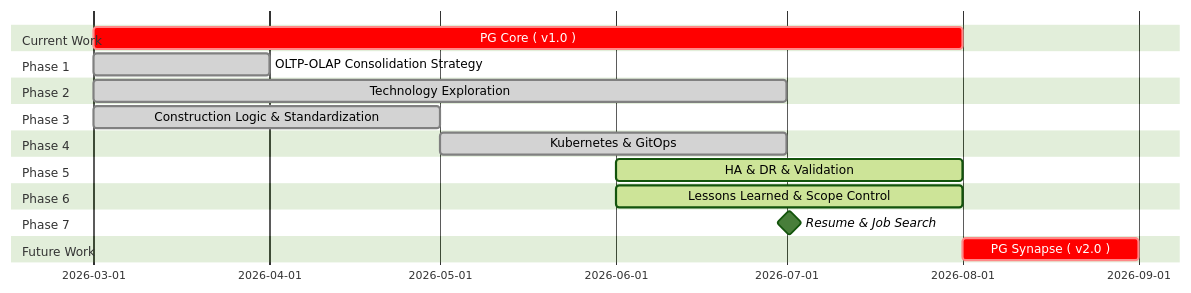
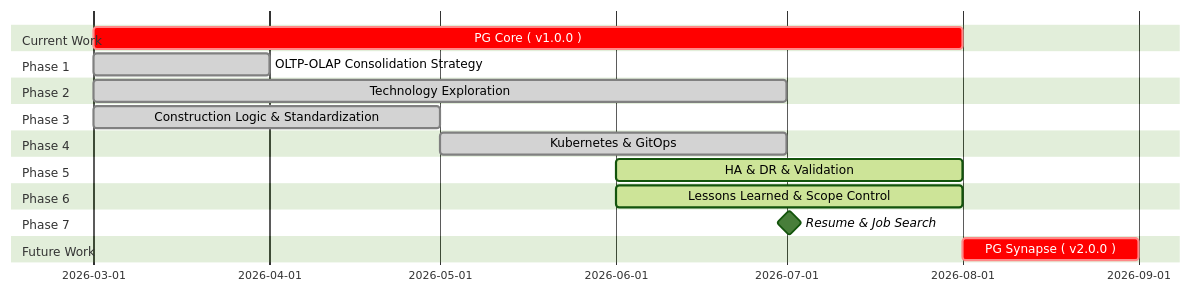
One commit to Junwu0615/PG-Core changed the diagram in README.md. Above: the diagram before and after it, drawn with Mermaid (forest theme). The commit also changed other lines of this file and 2 other files, not shown here.

````diff
--- a/README.md
+++ b/README.md
@@ -381,31 +381,31 @@
 ```mermaid
 gantt
     dateFormat YYYY-MM
 
     section Current Work
-    PG Core ( v1.0 )                            :crit, a0, 2026-03, 5M
+    PG Core ( v1.0.0 )                          :crit, a0, 2026-03, 5M
     
     section Phase 1
     OLTP-OLAP Consolidation Strategy            :done, a1, 2026-03, 1M
 
     section Phase 2
     Technology Exploration                      :done, a2, 2026-03, 4M
 
     section Phase 3
     Construction Logic & Standardization        :done, a3, 2026-03, 2M
 
     section Phase 4
     Kubernetes & GitOps                         :done, a4, 2026-05, 2M
 
     section Phase 5
     HA & DR & Validation                        :active, a5, 2026-06, 2M
 
     section Phase 6
     Lessons Learned & Scope Control             :active, a6, 2026-06, 2M
 
     section Phase 7
     Resume & Job Search                         :milestone, a7, 2026-07, 1d
 
     section Future Work
-    PG Synapse ( v2.0 )                         :crit, a8, 2026-08, 1M
+    PG Synapse ( v2.0.0 )                       :crit, a8, 2026-08, 1M
 ```
````
